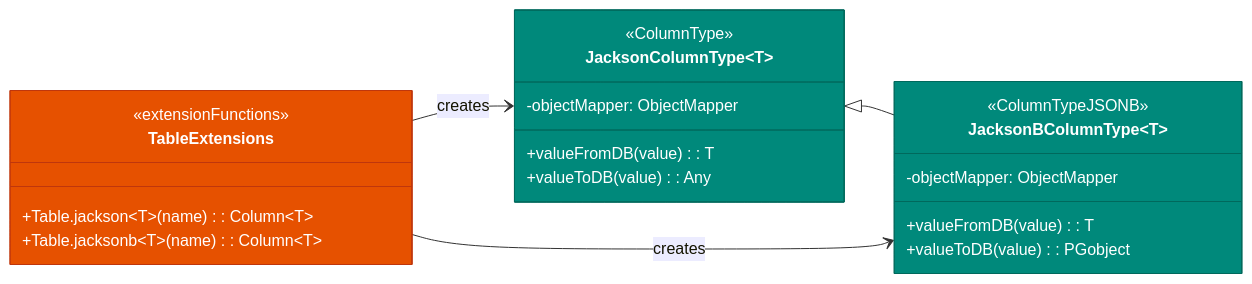
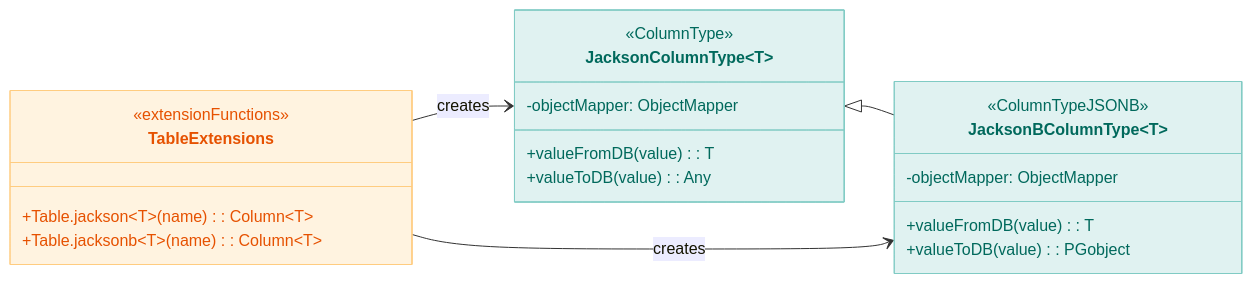
The first of 3 diagrams in data/exposed-jackson3/README.md (bluetape4k/bluetape4k-projects), drawn with Mermaid before and after one commit. The commit also changed other lines of this file and 219 other files, not shown here.

First line of the commit message:
docs: 전체 README Mermaid 다이어그램 가이드 적용

````diff
--- a/data/exposed-jackson3/README.md
+++ b/data/exposed-jackson3/README.md
@@ -117,28 +117,28 @@
 ```mermaid
 classDiagram
     direction LR
     class JacksonColumnType~T~ {
         <<ColumnType>>
         -objectMapper: ObjectMapper
         +valueFromDB(value): T
         +valueToDB(value): Any
     }
     class JacksonBColumnType~T~ {
         <<ColumnTypeJSONB>>
         -objectMapper: ObjectMapper
         +valueFromDB(value): T
         +valueToDB(value): PGobject
     }
     class TableExtensions {
         <<extensionFunctions>>
         +Table.jackson~T~(name): Column~T~
         +Table.jacksonb~T~(name): Column~T~
     }
     JacksonColumnType <|-- JacksonBColumnType
     TableExtensions --> JacksonColumnType : creates
     TableExtensions --> JacksonBColumnType : creates
 
-    style JacksonColumnType fill:#00897B,stroke:#00695C,color:#FFFFFF
-    style JacksonBColumnType fill:#00897B,stroke:#00695C,color:#FFFFFF
-    style TableExtensions fill:#E65100,stroke:#BF360C,color:#FFFFFF
+    style JacksonColumnType fill:#E0F2F1,stroke:#80CBC4,color:#00695C
+    style JacksonBColumnType fill:#E0F2F1,stroke:#80CBC4,color:#00695C
+    style TableExtensions fill:#FFF3E0,stroke:#FFCC80,color:#E65100
 ```
````
